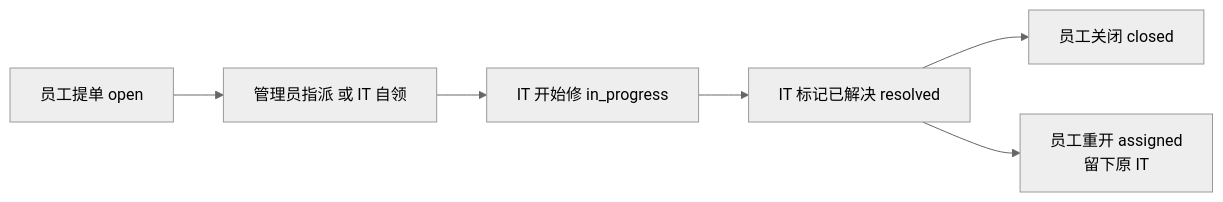
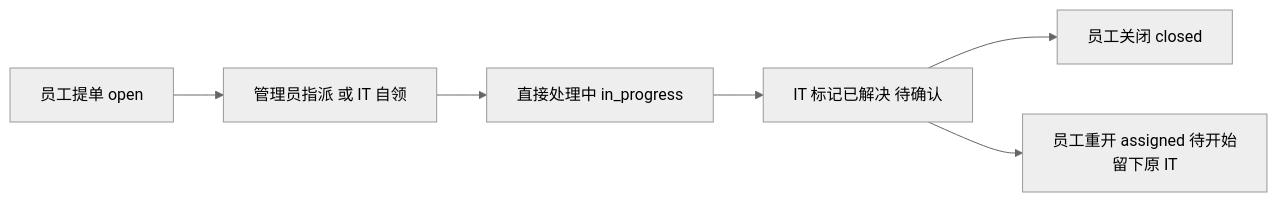
One commit to baozixiangqianchong/it-ticket-api changed the diagram in it-ticket-serve/docs/04-v2-product.md. Above: the diagram before and after it, drawn with Mermaid (neutral theme). The commit also changed other lines of this file and 76 other files, not shown here.

````diff
--- a/it-ticket-serve/docs/04-v2-product.md
+++ b/it-ticket-serve/docs/04-v2-product.md
@@ -81,8 +81,8 @@
 ```mermaid
 flowchart LR
   A["员工提单 open"] --> B["管理员指派 或 IT 自领"]
-  B --> C["IT 开始修 in_progress"]
-  C --> D["IT 标记已解决 resolved"]
+  B --> C["直接处理中 in_progress"]
+  C --> D["IT 标记已解决 待确认"]
   D --> E["员工关闭 closed"]
-  D --> F["员工重开 assigned\n留下原 IT"]
+  D --> F["员工重开 assigned 待开始\n留下原 IT"]
 ```
````
